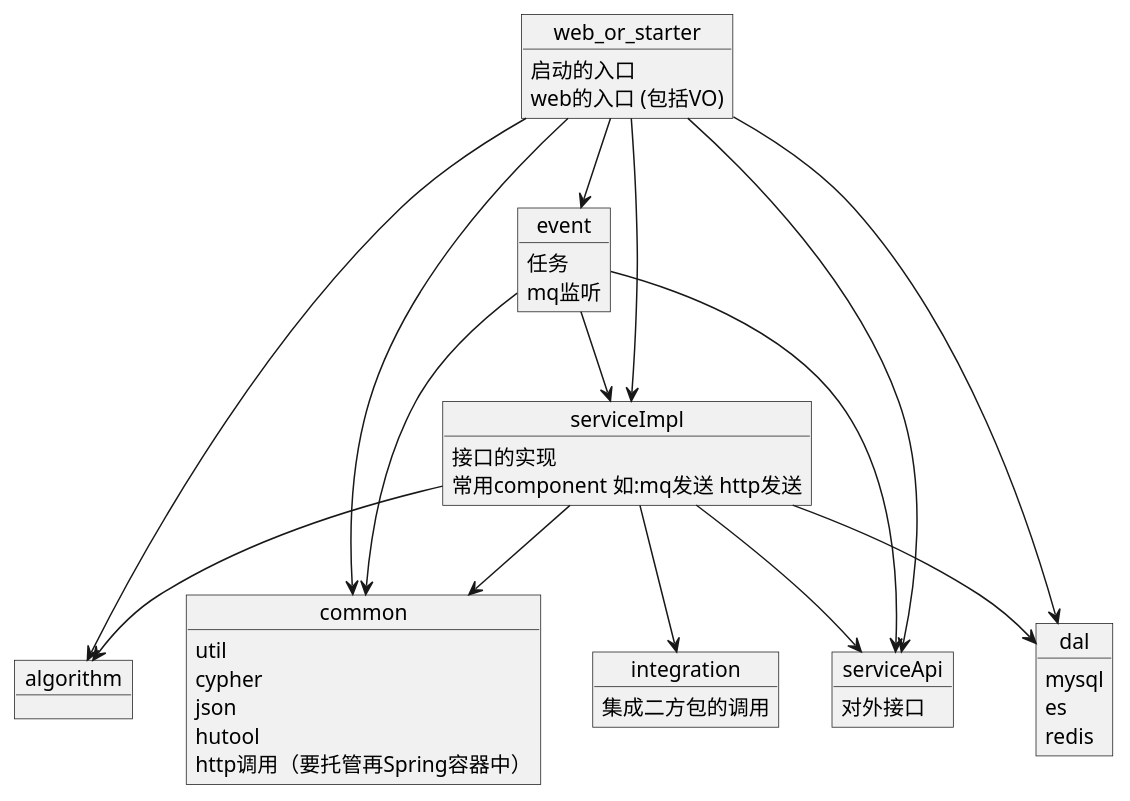
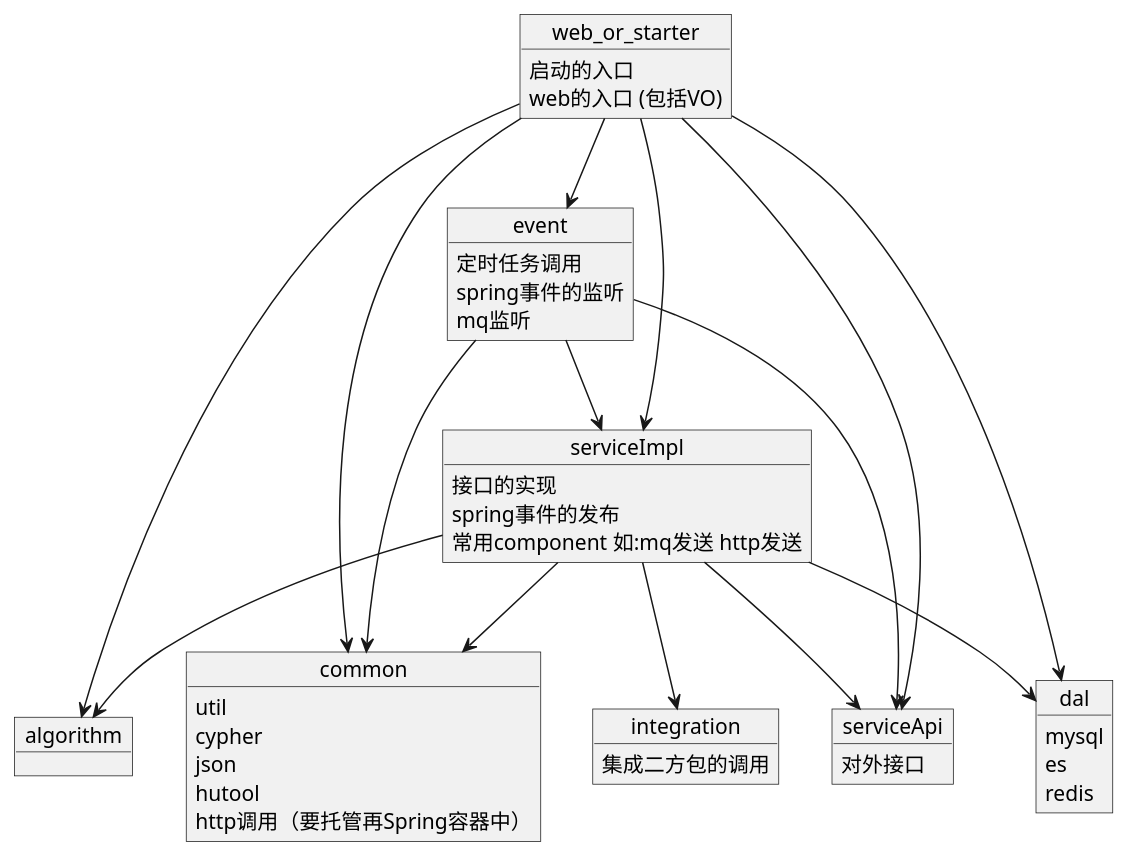
Before and after one commit to deipss/java-edu: the diagram in uml/maven.puml, drawn with PlantUML. The commit also changed 28 other files, not shown here.

```diff
--- a/uml/maven.puml
+++ b/uml/maven.puml
@@ -1,52 +1,55 @@
 @startuml
 object algorithm
 object integration{
     集成二方包的调用
 }
 object common{
 util
 cypher
 json
 hutool
 http调用（要托管再Spring容器中）
 }
 object event{
-任务
+定时任务调用
+
+spring事件的监听
 mq监听
 }
 object serviceApi{
 对外接口
 }
 object serviceImpl{
 接口的实现
+spring事件的发布
 常用component 如:mq发送 http发送
 }
 object dal{
 mysql
 es
 redis
 }
 object web_or_starter{
 启动的入口
 web的入口 (包括VO)
 }
 
 web_or_starter --> dal
 web_or_starter --> serviceApi
 web_or_starter --> serviceImpl
 web_or_starter --> event
 web_or_starter --> common
 web_or_starter --> algorithm
 
 serviceImpl --> serviceApi
 serviceImpl --> dal
 serviceImpl --> common
 serviceImpl --> algorithm
 serviceImpl --> integration
 
 event --> serviceApi
 event --> serviceImpl
 event --> common
 
 
 @enduml
```
